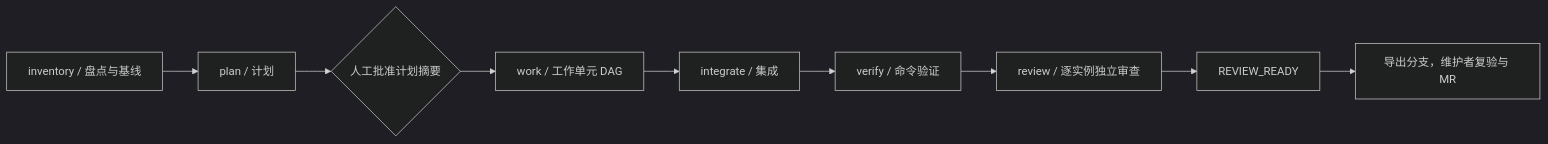
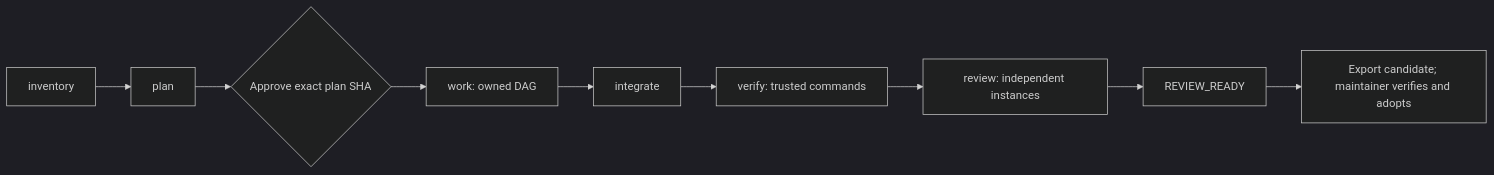
The diagram in README.md (626619403/Ergora), drawn with Mermaid (dark theme) before and after one commit. The commit also changed other lines of this file and 12 other files, not shown here.

````diff
--- a/README.md
+++ b/README.md
@@ -125,11 +82,11 @@
 ```mermaid
 flowchart LR
-    I["inventory / 盘点与基线"] --> P["plan / 计划"]
-    P --> H{"人工批准计划摘要"}
-    H --> W["work / 工作单元 DAG"]
-    W --> G["integrate / 集成"]
-    G --> V["verify / 命令验证"]
-    V --> R["review / 逐实例独立审查"]
+    I["inventory"] --> P["plan"]
+    P --> H{"Approve exact plan SHA"}
+    H --> W["work: owned DAG"]
+    W --> G["integrate"]
+    G --> V["verify: trusted commands"]
+    V --> R["review: independent instances"]
     R --> O["REVIEW_READY"]
-    O --> M["导出分支，维护者复验与 MR"]
+    O --> M["Export candidate; maintainer verifies and adopts"]
 ```
````
